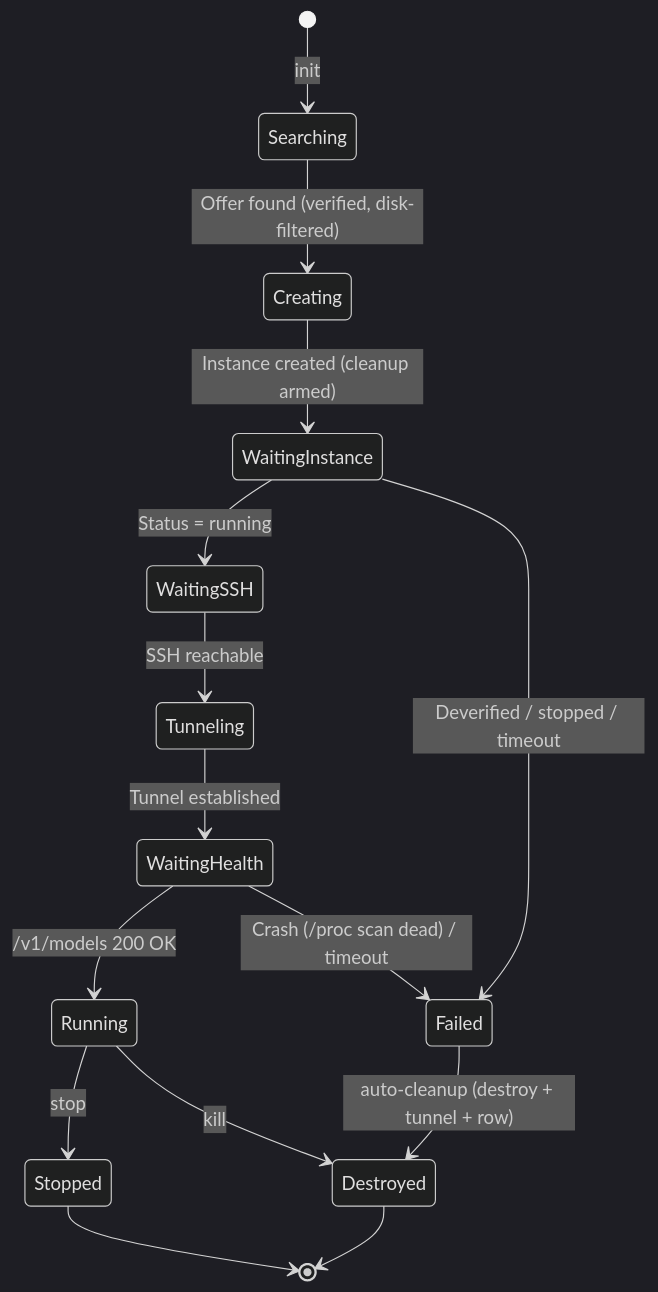
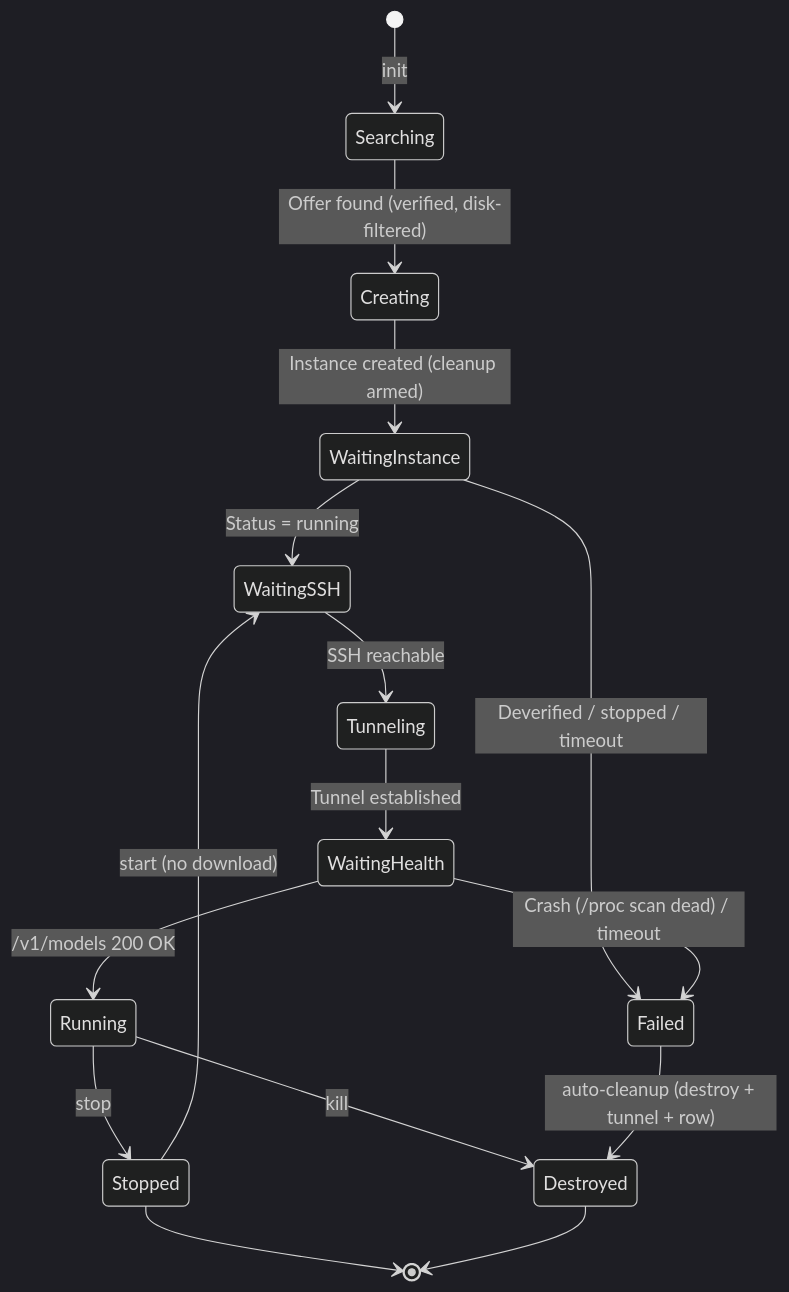
The fifth of 6 diagrams in docs/Solution.md (WWTLF/mycodeagent), drawn with Mermaid (dark theme) before and after one commit. The commit also changed other lines of this file and 17 other files, not shown here.

````diff
--- a/docs/Solution.md
+++ b/docs/Solution.md
@@ -433,17 +449,18 @@
 ```mermaid
 stateDiagram-v2
     [*] --> Searching: init <model>
     Searching --> Creating: Offer found (verified, disk-filtered)
     Creating --> WaitingInstance: Instance created (cleanup armed)
     WaitingInstance --> WaitingSSH: Status = running
     WaitingInstance --> Failed: Deverified / stopped / timeout
     WaitingSSH --> Tunneling: SSH reachable
     Tunneling --> WaitingHealth: Tunnel established
     WaitingHealth --> Running: /v1/models 200 OK
     WaitingHealth --> Failed: Crash (/proc scan dead) / timeout
     Running --> Stopped: stop <id>
+    Stopped --> WaitingSSH: start <id> (no download)
     Running --> Destroyed: kill <id>
     Failed --> Destroyed: auto-cleanup (destroy + tunnel + row)
     Stopped --> [*]
     Destroyed --> [*]
 ```
````
